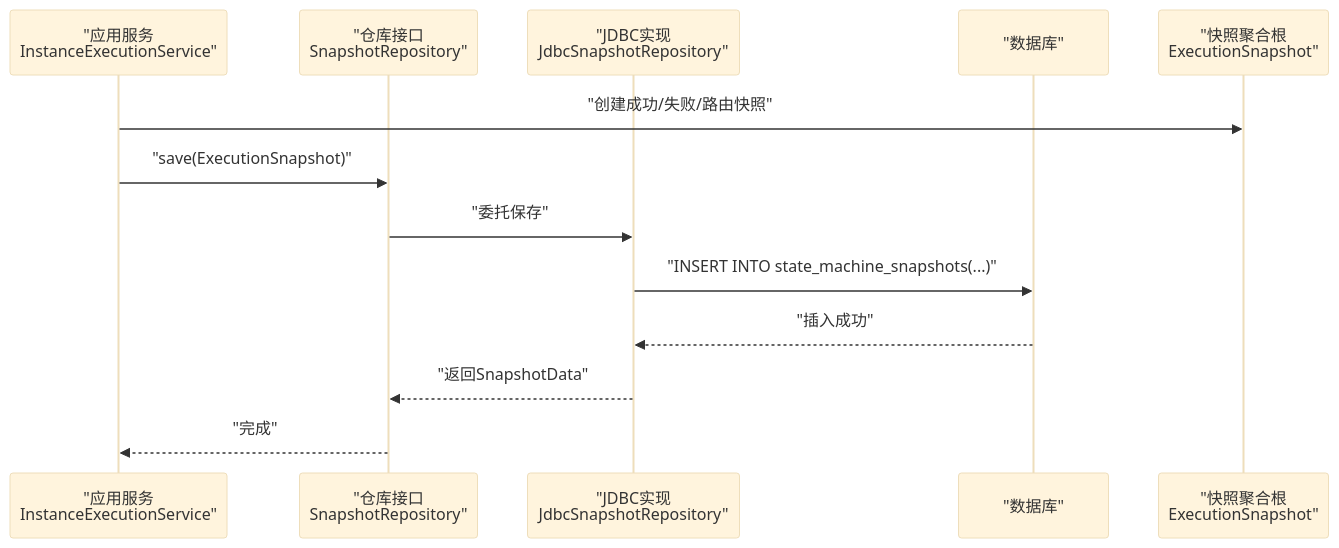
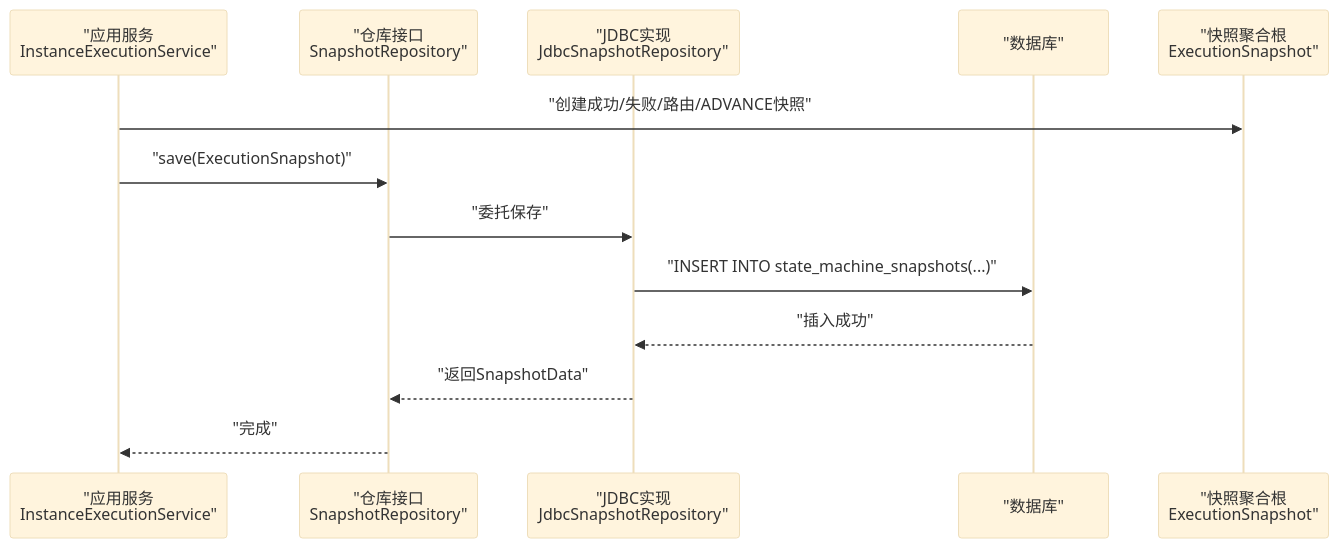
Before and after one commit to xiaoche80s-tech/state-machine-parent: the second of 6 diagrams in .qoder/repowiki/zh/content/快照与恢复/执行快照设计.md, drawn with Mermaid (base theme). The commit also changed other lines of this file and 7 other files, not shown here.

````diff
--- a/.qoder/repowiki/zh/content/快照与恢复/执行快照设计.md
+++ b/.qoder/repowiki/zh/content/快照与恢复/执行快照设计.md
@@ -122,15 +145,15 @@
 ```mermaid
 sequenceDiagram
 participant App as "应用服务<br/>InstanceExecutionService"
 participant Repo as "仓库接口<br/>SnapshotRepository"
 participant Impl as "JDBC实现<br/>JdbcSnapshotRepository"
 participant DB as "数据库"
 participant Snap as "快照聚合根<br/>ExecutionSnapshot"
-App->>Snap : "创建成功/失败/路由快照"
+App->>Snap : "创建成功/失败/路由/ADVANCE快照"
 App->>Repo : "save(ExecutionSnapshot)"
 Repo->>Impl : "委托保存"
 Impl->>DB : "INSERT INTO state_machine_snapshots(...)"
 DB-->>Impl : "插入成功"
 Impl-->>Repo : "返回SnapshotData"
 Repo-->>App : "完成"
 ```
````
